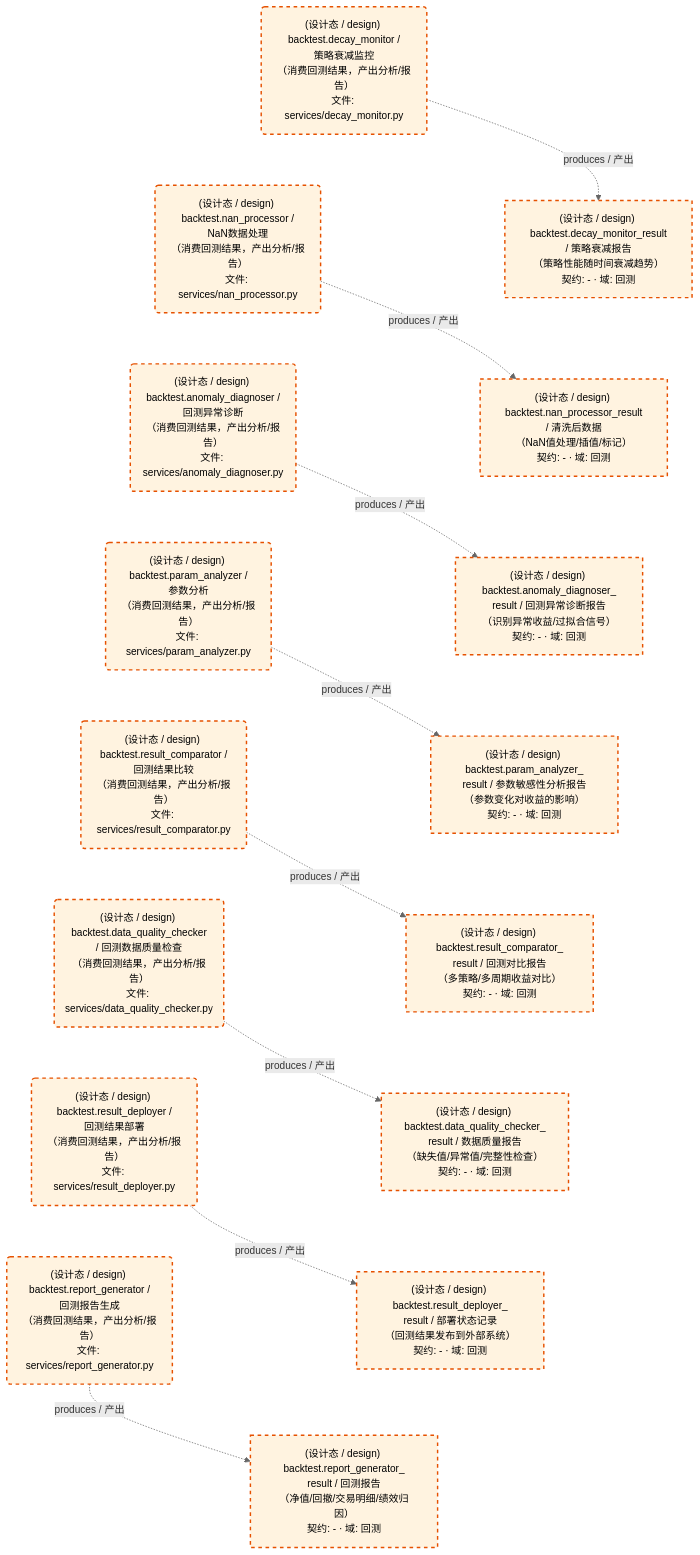
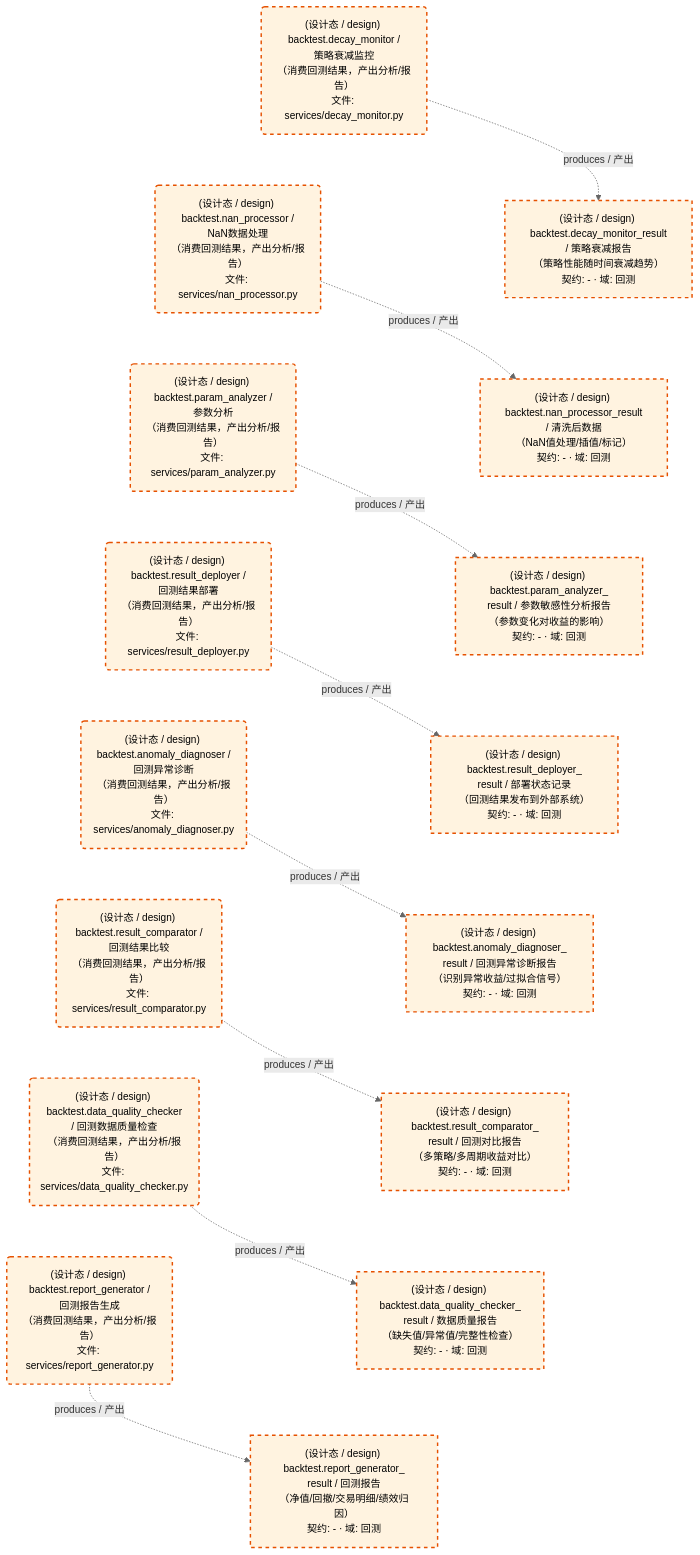
Before and after one commit to xuanFelixVan/ZephyrAlpha: the third of 3 diagrams in docs/02_enterprise_architecture/05_dataflow_architecture/d_backtest.md, drawn with Mermaid. The commit also changed other lines of this file and 42 other files, not shown here.

````diff
--- a/docs/02_enterprise_architecture/05_dataflow_architecture/d_backtest.md
+++ b/docs/02_enterprise_architecture/05_dataflow_architecture/d_backtest.md
@@ -160,47 +160,47 @@
 ```mermaid
 %%{init: {'theme': 'base', 'themeVariables': {'primaryColor': '#eaeaea', 'primaryTextColor': '#333333', 'primaryBorderColor': '#666666', 'lineColor': '#666666', 'secondaryColor': '#eaeaea', 'tertiaryColor': '#eaeaea', 'clusterBkg': 'transparent', 'clusterBorder': 'transparent', 'fontSize': '14px'}}}%%
 flowchart TD
     DS11245["(设计态 / design) backtest.anomaly_diagnoser_<br/>result / 回测异常诊断报告<br/>（识别异常收益/过拟合信号）<br/>契约: - · 域: 回测"]
     DS11246["(设计态 / design) backtest.data_quality_checker_<br/>result / 数据质量报告<br/>（缺失值/异常值/完整性检查）<br/>契约: - · 域: 回测"]
     DS11247["(设计态 / design) backtest.decay_monitor_result<br/>/ 策略衰减报告<br/>（策略性能随时间衰减趋势）<br/>契约: - · 域: 回测"]
     DS11248["(设计态 / design) backtest.nan_processor_result<br/>/ 清洗后数据<br/>（NaN值处理/插值/标记）<br/>契约: - · 域: 回测"]
     DS11249["(设计态 / design) backtest.param_analyzer_<br/>result / 参数敏感性分析报告<br/>（参数变化对收益的影响）<br/>契约: - · 域: 回测"]
     DS11250["(设计态 / design) backtest.report_generator_<br/>result / 回测报告<br/>（净值/回撤/交易明细/绩效归因）<br/>契约: - · 域: 回测"]
     DS11251["(设计态 / design) backtest.result_comparator_<br/>result / 回测对比报告<br/>（多策略/多周期收益对比）<br/>契约: - · 域: 回测"]
     DS11252["(设计态 / design) backtest.result_deployer_<br/>result / 部署状态记录<br/>（回测结果发布到外部系统）<br/>契约: - · 域: 回测"]
     JOB757609("(设计态 / design) backtest.anomaly_diagnoser /<br/>回测异常诊断<br/>（消费回测结果，产出分析/报告）<br/>文件: services/anomaly_diagnoser.py")
     JOB757610("(设计态 / design) backtest.data_quality_checker<br/>/ 回测数据质量检查<br/>（消费回测结果，产出分析/报告）<br/>文件: services/data_quality_checker.py")
     JOB757611("(设计态 / design) backtest.decay_monitor /<br/>策略衰减监控<br/>（消费回测结果，产出分析/报告）<br/>文件: services/decay_monitor.py")
     JOB757612("(设计态 / design) backtest.nan_processor /<br/>NaN数据处理<br/>（消费回测结果，产出分析/报告）<br/>文件: services/nan_processor.py")
     JOB757613("(设计态 / design) backtest.param_analyzer /<br/>参数分析<br/>（消费回测结果，产出分析/报告）<br/>文件: services/param_analyzer.py")
     JOB757614("(设计态 / design) backtest.report_generator /<br/>回测报告生成<br/>（消费回测结果，产出分析/报告）<br/>文件: services/report_generator.py")
     JOB757615("(设计态 / design) backtest.result_comparator /<br/>回测结果比较<br/>（消费回测结果，产出分析/报告）<br/>文件: services/result_comparator.py")
     JOB757616("(设计态 / design) backtest.result_deployer /<br/>回测结果部署<br/>（消费回测结果，产出分析/报告）<br/>文件: services/result_deployer.py")
     JOB757609 -.->|produces / 产出| DS11245
     JOB757610 -.->|produces / 产出| DS11246
     JOB757611 -.->|produces / 产出| DS11247
     JOB757612 -.->|produces / 产出| DS11248
     JOB757613 -.->|produces / 产出| DS11249
     JOB757614 -.->|produces / 产出| DS11250
     JOB757615 -.->|produces / 产出| DS11251
     JOB757616 -.->|produces / 产出| DS11252
     JOB757611 ~~~ JOB757612
-    JOB757612 ~~~ JOB757609
-    JOB757609 ~~~ JOB757613
-    JOB757613 ~~~ JOB757615
+    JOB757612 ~~~ JOB757613
+    JOB757613 ~~~ JOB757616
+    JOB757616 ~~~ JOB757609
+    JOB757609 ~~~ JOB757615
     JOB757615 ~~~ JOB757610
-    JOB757610 ~~~ JOB757616
-    JOB757616 ~~~ JOB757614
+    JOB757610 ~~~ JOB757614
     DS11247 ~~~ DS11248
-    DS11248 ~~~ DS11245
-    DS11245 ~~~ DS11249
-    DS11249 ~~~ DS11251
+    DS11248 ~~~ DS11249
+    DS11249 ~~~ DS11252
+    DS11252 ~~~ DS11245
+    DS11245 ~~~ DS11251
     DS11251 ~~~ DS11246
-    DS11246 ~~~ DS11252
-    DS11252 ~~~ DS11250
+    DS11246 ~~~ DS11250
     classDef production fill:#e1f5fe,stroke:#01579b,stroke-width:2px,color:#000
     classDef design fill:#fff3e0,stroke:#e65100,stroke-width:2px,color:#000,stroke-dasharray: 5 5
     classDef external_prod fill:#e8f4fd,stroke:#0277bd,stroke-width:1px,color:#000
     classDef external_design fill:#fff8e7,stroke:#ef6c00,stroke-width:1px,color:#000,stroke-dasharray: 5 5
     class DS11245,DS11246,DS11247,DS11248,DS11249,DS11250,DS11251,DS11252,JOB757609,JOB757610,JOB757611,JOB757612,JOB757613,JOB757614,JOB757615,JOB757616 design
 ```
````
